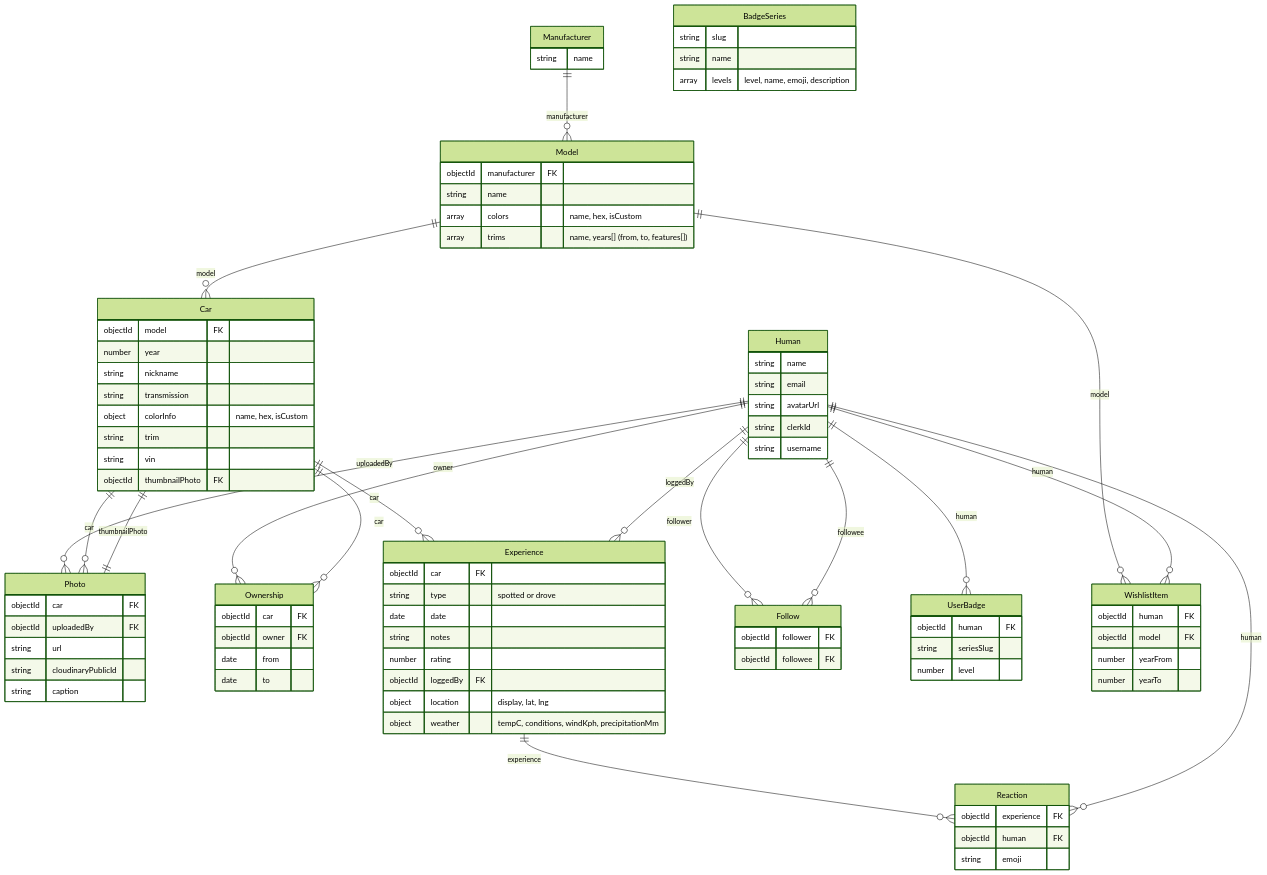
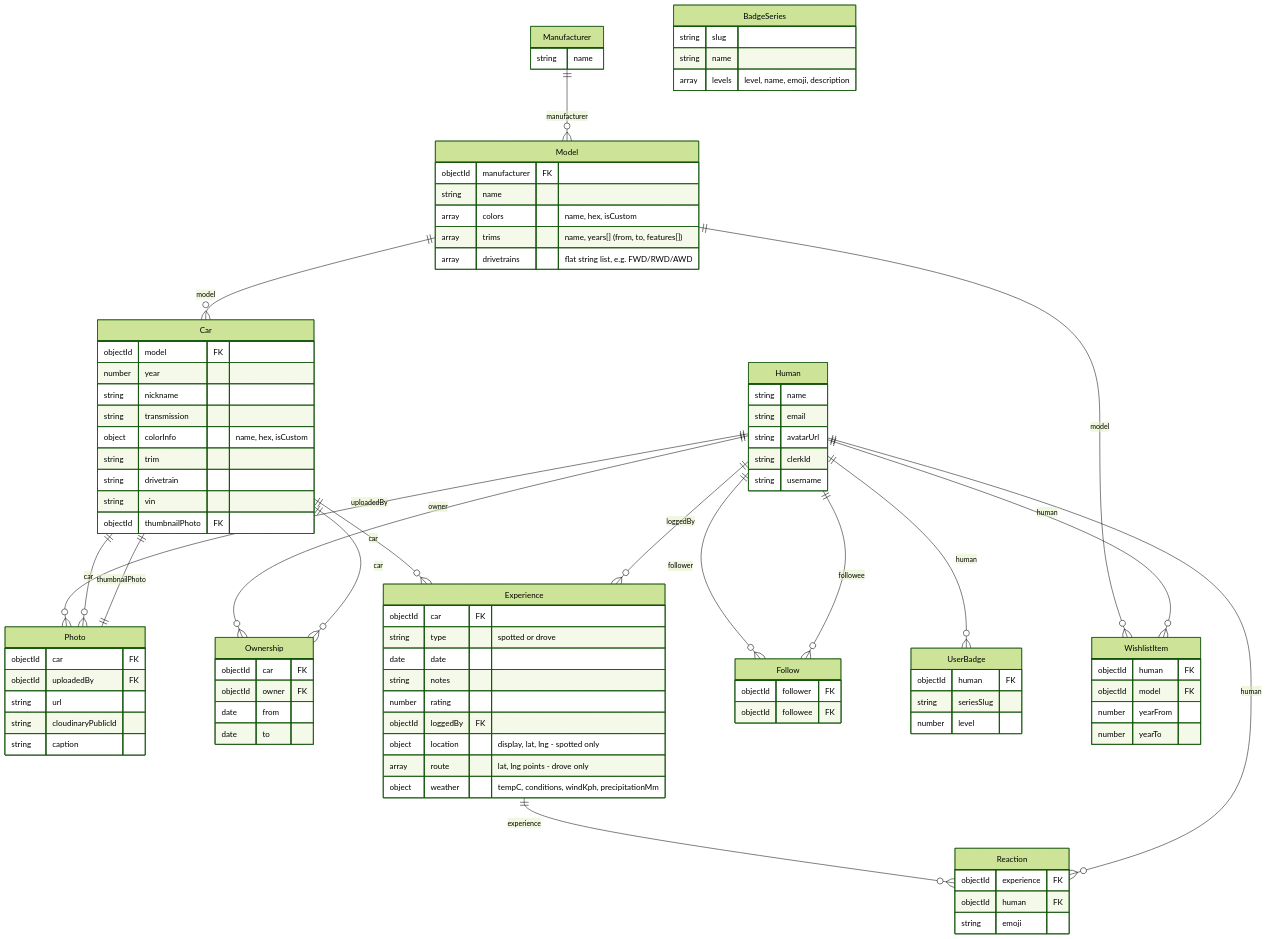
Before and after one commit to UUeird/dyno: the diagram in docs/db_schema.md, drawn with Mermaid (forest theme). The commit also changed other lines of this file and 8 other files, not shown here.

```diff
--- a/docs/db_schema.md
+++ b/docs/db_schema.md
@@ -21,6 +21,7 @@
         string name
         array colors "name, hex, isCustom"
         array trims "name, years[] (from, to, features[])"
+        array drivetrains "flat string list, e.g. FWD/RWD/AWD"
     }
     Car {
         objectId model FK
@@ -29,6 +30,7 @@
         string transmission
         object colorInfo "name, hex, isCustom"
         string trim
+        string drivetrain
         string vin
         objectId thumbnailPhoto FK
     }
@@ -52,7 +54,8 @@
         string notes
         number rating
         objectId loggedBy FK
-        object location "display, lat, lng"
+        object location "display, lat, lng - spotted only"
+        array route "lat, lng points - drove only"
         object weather "tempC, conditions, windKph, precipitationMm"
     }
     Follow {
```
